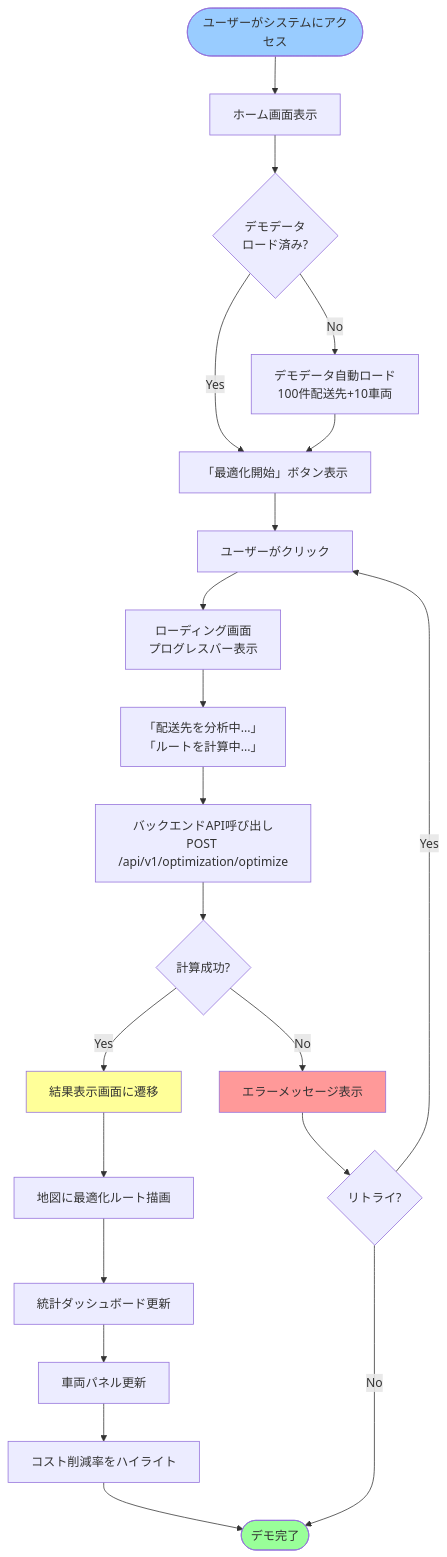
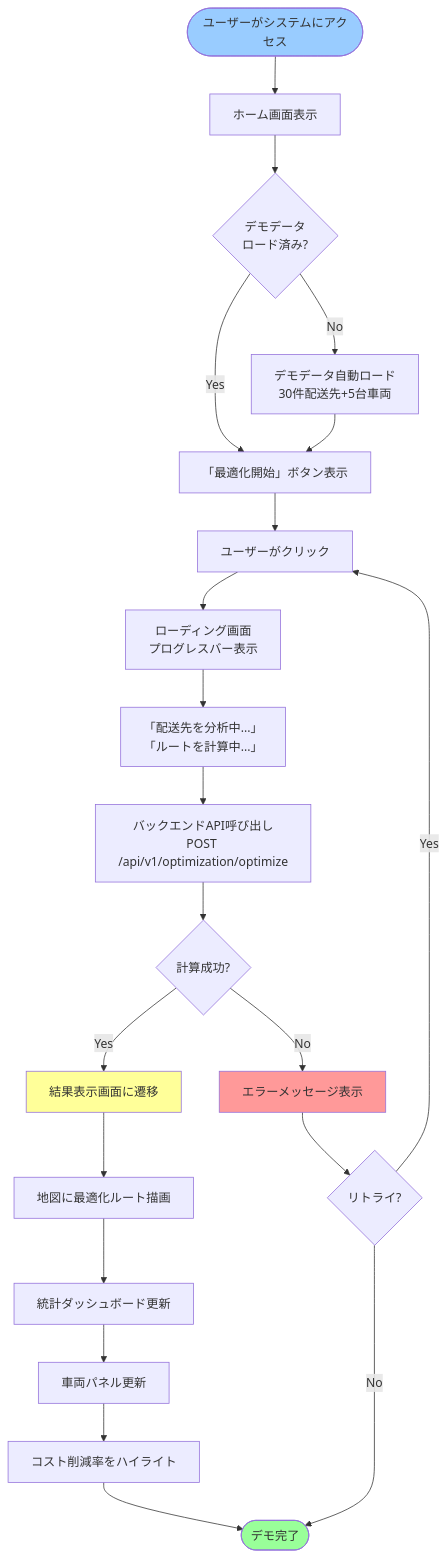
Before and after one commit to sageri/SmartVehicleSchedulingDEMO: the second of 4 diagrams in docs/front-end-spec.md, drawn with Mermaid. The commit also changed other lines of this file and 7 other files, not shown here.

````diff
--- a/docs/front-end-spec.md
+++ b/docs/front-end-spec.md
@@ -223,32 +223,32 @@
 ```mermaid
 graph TD
     Start([ユーザーがシステムにアクセス]) --> Home[ホーム画面表示]
     Home --> Check{デモデータ<br/>ロード済み?}
-    Check -->|No| Load[デモデータ自動ロード<br/>100件配送先+10車両]
+    Check -->|No| Load[デモデータ自動ロード<br/>30件配送先+5台車両]
     Check -->|Yes| Ready
     Load --> Ready[「最適化開始」ボタン表示]
 
     Ready --> Click[ユーザーがクリック]
     Click --> Loading[ローディング画面<br/>プログレスバー表示]
     Loading --> CalcStatus[「配送先を分析中...」<br/>「ルートを計算中...」]
     CalcStatus --> APICall[バックエンドAPI呼び出し<br/>POST /api/v1/optimization/optimize]
 
     APICall --> CalcSuccess{計算成功?}
     CalcSuccess -->|Yes| Result[結果表示画面に遷移]
     CalcSuccess -->|No| Error[エラーメッセージ表示]
 
     Result --> ShowMap[地図に最適化ルート描画]
     ShowMap --> ShowStats[統計ダッシュボード更新]
     ShowStats --> ShowVehicles[車両パネル更新]
     ShowVehicles --> Highlight[コスト削減率をハイライト]
     Highlight --> End([デモ完了])
 
     Error --> Retry{リトライ?}
     Retry -->|Yes| Click
     Retry -->|No| End
 
     style Start fill:#99ccff
     style End fill:#99ff99
     style Error fill:#ff9999
     style Result fill:#ffff99
 ```
````
